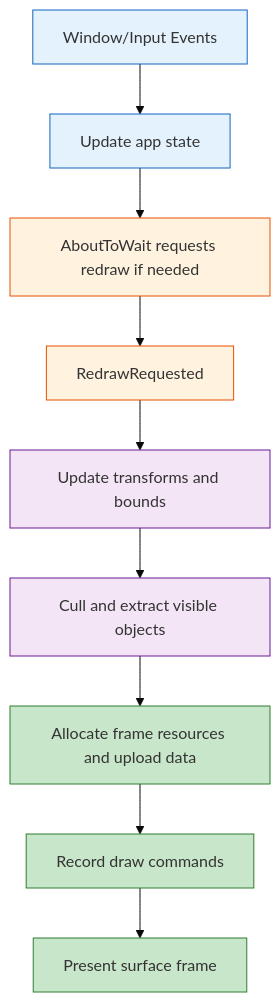
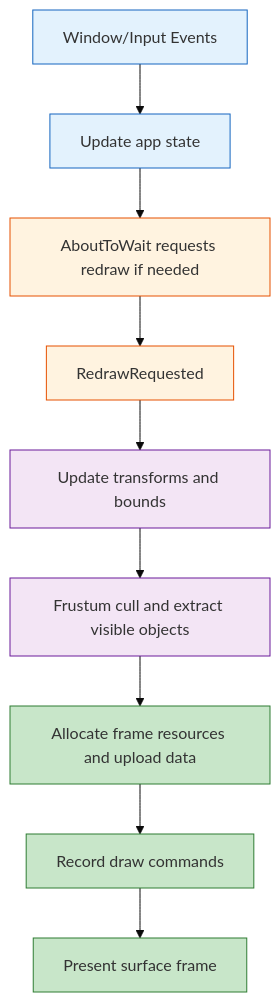
One commit to vansweej/nodemoss changed the fourth of 4 diagrams in docs/ARCHITECTURE.md. Above: the diagram before and after it, drawn with Mermaid (base theme). The commit also changed other lines of this file and 3 other files, not shown here.

````diff
--- a/docs/ARCHITECTURE.md
+++ b/docs/ARCHITECTURE.md
@@ -518,21 +518,21 @@
 ```mermaid
 flowchart TD
     E["Window/Input Events"] --> U["Update app state"]
     U --> W["AboutToWait requests redraw if needed"]
     W --> R["RedrawRequested"]
     R --> T["Update transforms and bounds"]
-    T --> C["Cull and extract visible objects"]
+    T --> C["Frustum cull and extract visible objects"]
     C --> F["Allocate frame resources and upload data"]
     F --> D["Record draw commands"]
     D --> P["Present surface frame"]
 
     style E fill:#e3f2fd,stroke:#1565c0
     style U fill:#e3f2fd,stroke:#1565c0
     style W fill:#fff3e0,stroke:#e65100
     style R fill:#fff3e0,stroke:#e65100
     style T fill:#f3e5f5,stroke:#6a1b9a
     style C fill:#f3e5f5,stroke:#6a1b9a
     style F fill:#c8e6c9,stroke:#2e7d32
     style D fill:#c8e6c9,stroke:#2e7d32
     style P fill:#c8e6c9,stroke:#2e7d32
 ```
````
